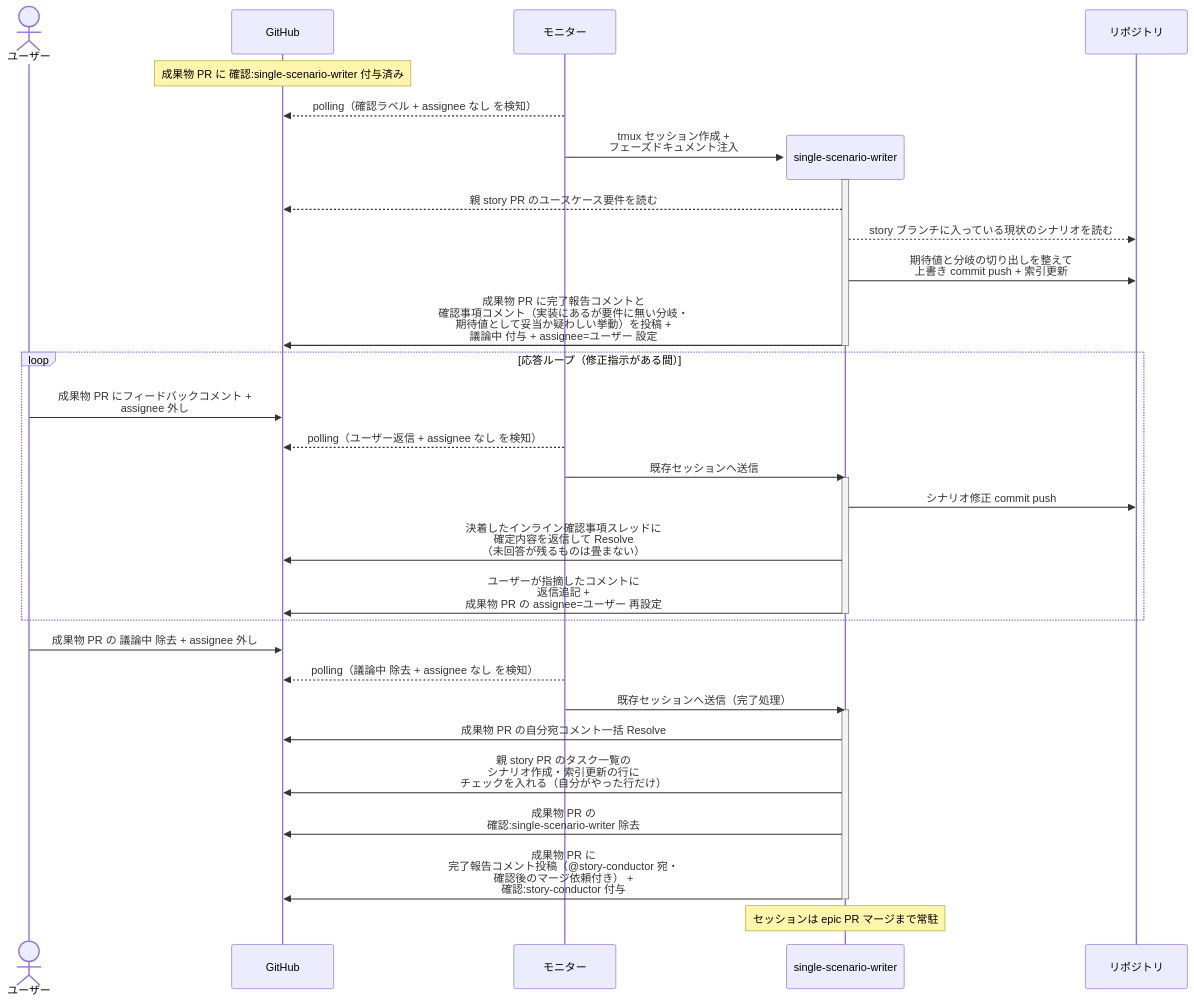
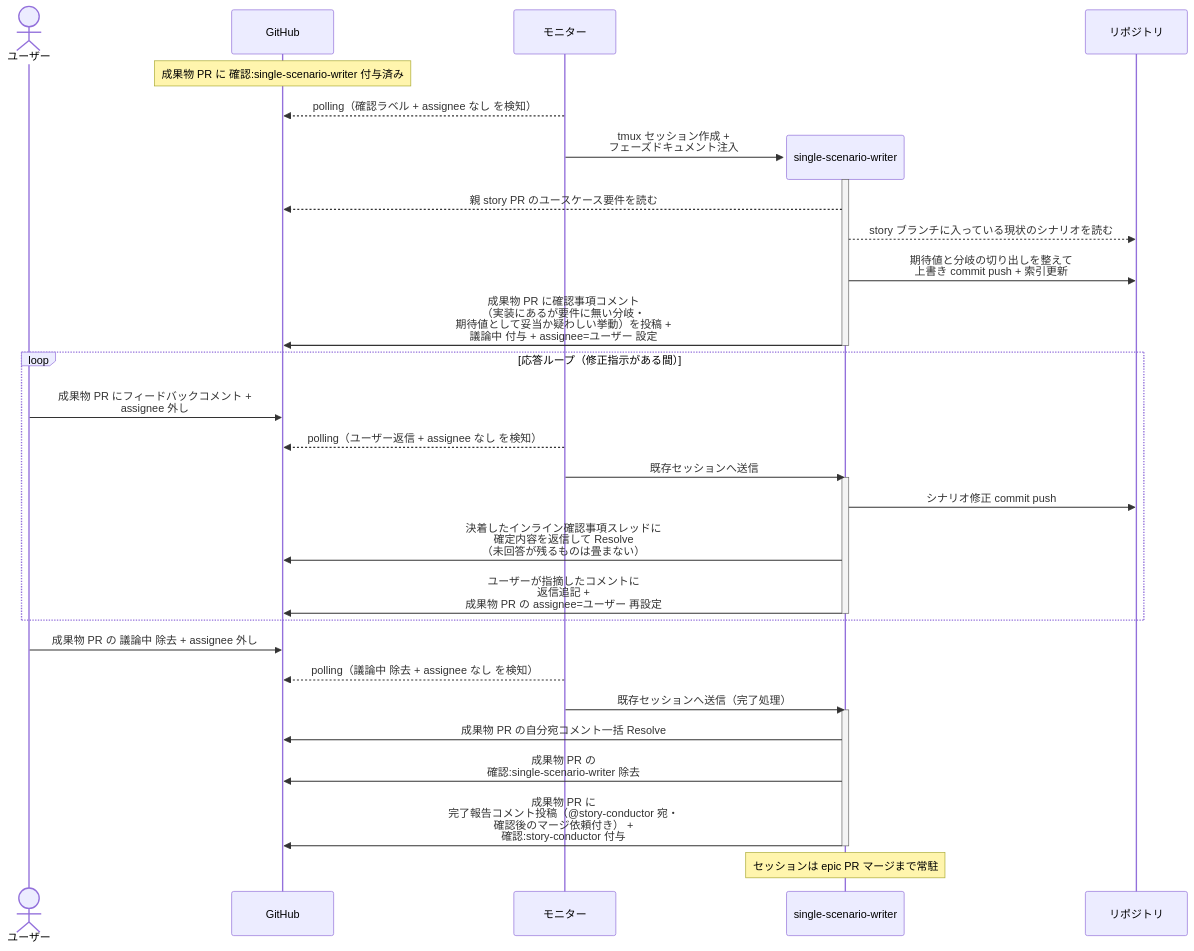
The third of 3 diagrams in docs/wiki/設計図/シナリオ/単一ユースケース/単一シナリオ設計.md (shuhei1101/ai-monitor), drawn with Mermaid before and after one commit. The commit also changed other lines of this file and 174 other files, not shown here.

````diff
--- a/docs/wiki/設計図/シナリオ/単一ユースケース/単一シナリオ設計.md
+++ b/docs/wiki/設計図/シナリオ/単一ユースケース/単一シナリオ設計.md
@@ -134,40 +135,39 @@
 ```mermaid
 sequenceDiagram
   actor U as ユーザー
   participant GH as GitHub
   participant ORC as モニター
 
   Note over GH: 成果物 PR に 確認:single-scenario-writer 付与済み
   ORC-->>GH: polling（確認ラベル + assignee なし を検知）
   create participant MON as single-scenario-writer
   ORC->>MON: tmux セッション作成 +<br>フェーズドキュメント注入
   participant REPO as リポジトリ
   activate MON
   MON-->>GH: 親 story PR のユースケース要件を読む
   MON-->>REPO: story ブランチに入っている現状のシナリオを読む
   MON->>REPO: 期待値と分岐の切り出しを整えて<br>上書き commit push + 索引更新
-  MON->>GH: 成果物 PR に完了報告コメントと<br>確認事項コメント（実装にあるが要件に無い分岐・<br>期待値として妥当か疑わしい挙動）を投稿 +<br>議論中 付与 + assignee=ユーザー 設定
+  MON->>GH: 成果物 PR に確認事項コメント<br>（実装にあるが要件に無い分岐・<br>期待値として妥当か疑わしい挙動）を投稿 +<br>議論中 付与 + assignee=ユーザー 設定
   deactivate MON
 
   loop 応答ループ（修正指示がある間）
     U->>GH: 成果物 PR にフィードバックコメント +<br>assignee 外し
     ORC-->>GH: polling（ユーザー返信 + assignee なし を検知）
     ORC->>MON: 既存セッションへ送信
     activate MON
     MON->>REPO: シナリオ修正 commit push
     MON->>GH: 決着したインライン確認事項スレッドに<br>確定内容を返信して Resolve<br>（未回答が残るものは畳まない）
     MON->>GH: ユーザーが指摘したコメントに<br>返信追記 +<br>成果物 PR の assignee=ユーザー 再設定
     deactivate MON
   end
 
   U->>GH: 成果物 PR の 議論中 除去 + assignee 外し
   ORC-->>GH: polling（議論中 除去 + assignee なし を検知）
   ORC->>MON: 既存セッションへ送信（完了処理）
   activate MON
   MON->>GH: 成果物 PR の自分宛コメント一括 Resolve
-  MON->>GH: 親 story PR のタスク一覧の<br>シナリオ作成・索引更新の行に<br>チェックを入れる（自分がやった行だけ）
   MON->>GH: 成果物 PR の<br>確認:single-scenario-writer 除去
   MON->>GH: 成果物 PR に<br>完了報告コメント投稿（@story-conductor 宛・<br>確認後のマージ依頼付き） +<br>確認:story-conductor 付与
   deactivate MON
   Note over MON: セッションは epic PR マージまで常駐
 ```
````
